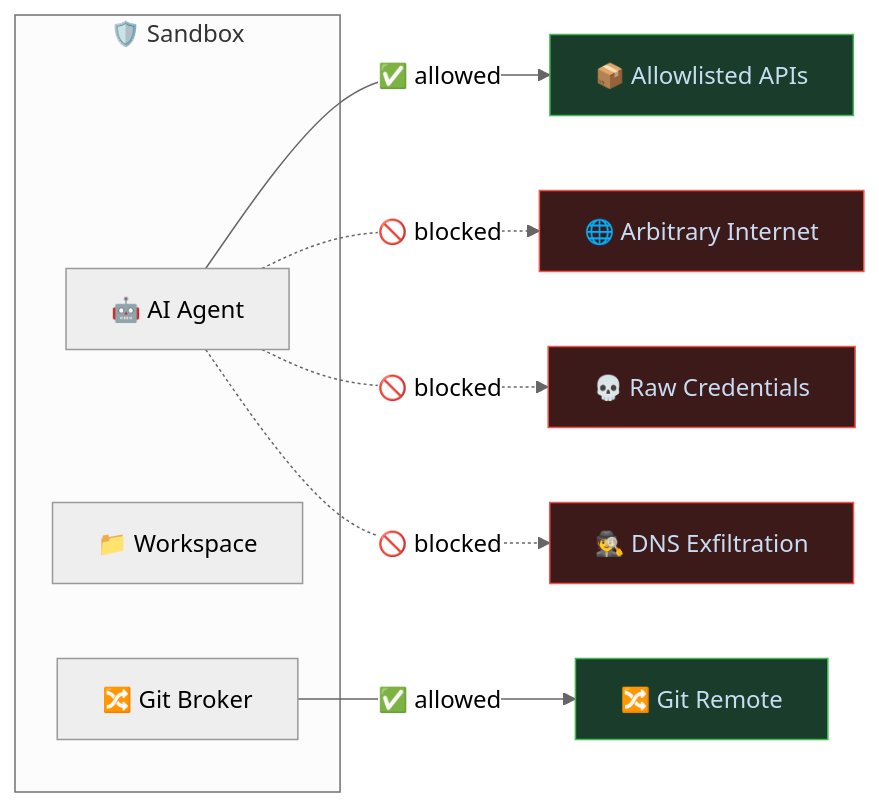
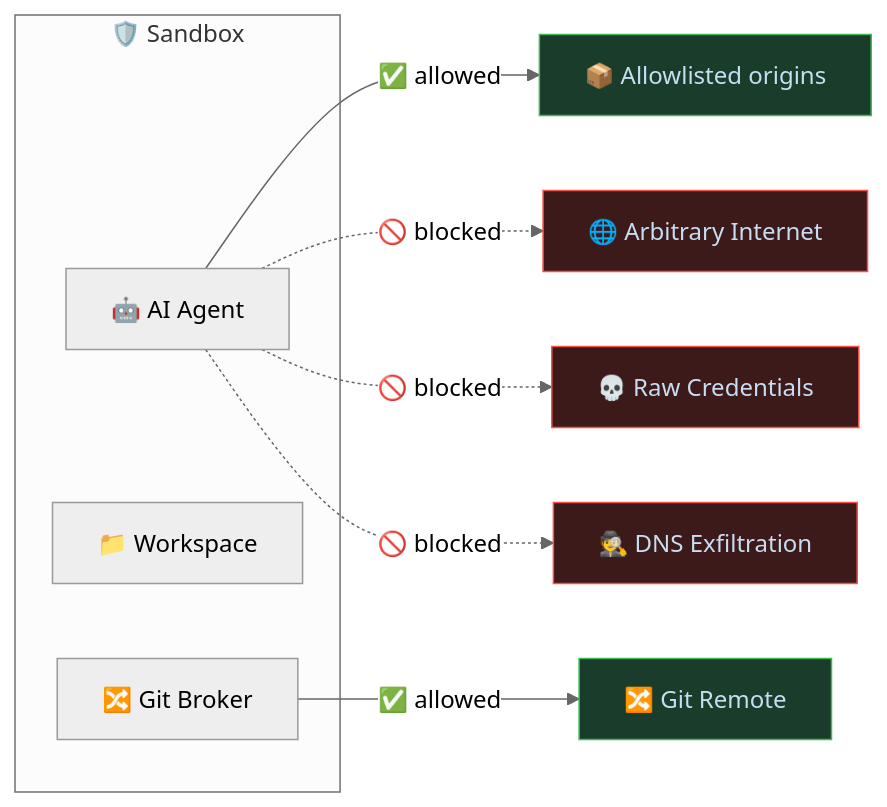
One commit to sachitv/opencode-omo-sandbox-docker changed the diagram in presentation/diagrams/sandbox-overview.mmd. Above: the diagram before and after it, drawn with Mermaid (neutral theme). The commit also changed 1 other file, not shown here.

Commit message:
Update architecture diagram: Allowlisted APIs → Allowlisted origins

```diff
--- a/presentation/diagrams/sandbox-overview.mmd
+++ b/presentation/diagrams/sandbox-overview.mmd
@@ -1,18 +1,18 @@
 graph LR
   subgraph SB["🛡️ Sandbox"]
     A["🤖 AI Agent"]
     B["📁 Workspace"]
     C["🔀 Git Broker"]
   end
 
-  A -->|"✅ allowed"| D["📦 Allowlisted APIs"]
+  A -->|"✅ allowed"| D["📦 Allowlisted origins"]
   C -->|"✅ allowed"| E["🔀 Git Remote"]
   A -. "🚫 blocked" .-> F["🌐 Arbitrary Internet"]
   A -. "🚫 blocked" .-> G["💀 Raw Credentials"]
   A -. "🚫 blocked" .-> H["🕵️ DNS Exfiltration"]
 
   style D fill:#1a3d2b,stroke:#3fb950,color:#c8ddf2
   style E fill:#1a3d2b,stroke:#3fb950,color:#c8ddf2
   style F fill:#3d1a1a,stroke:#f85149,color:#c8ddf2
   style G fill:#3d1a1a,stroke:#f85149,color:#c8ddf2
   style H fill:#3d1a1a,stroke:#f85149,color:#c8ddf2
```
